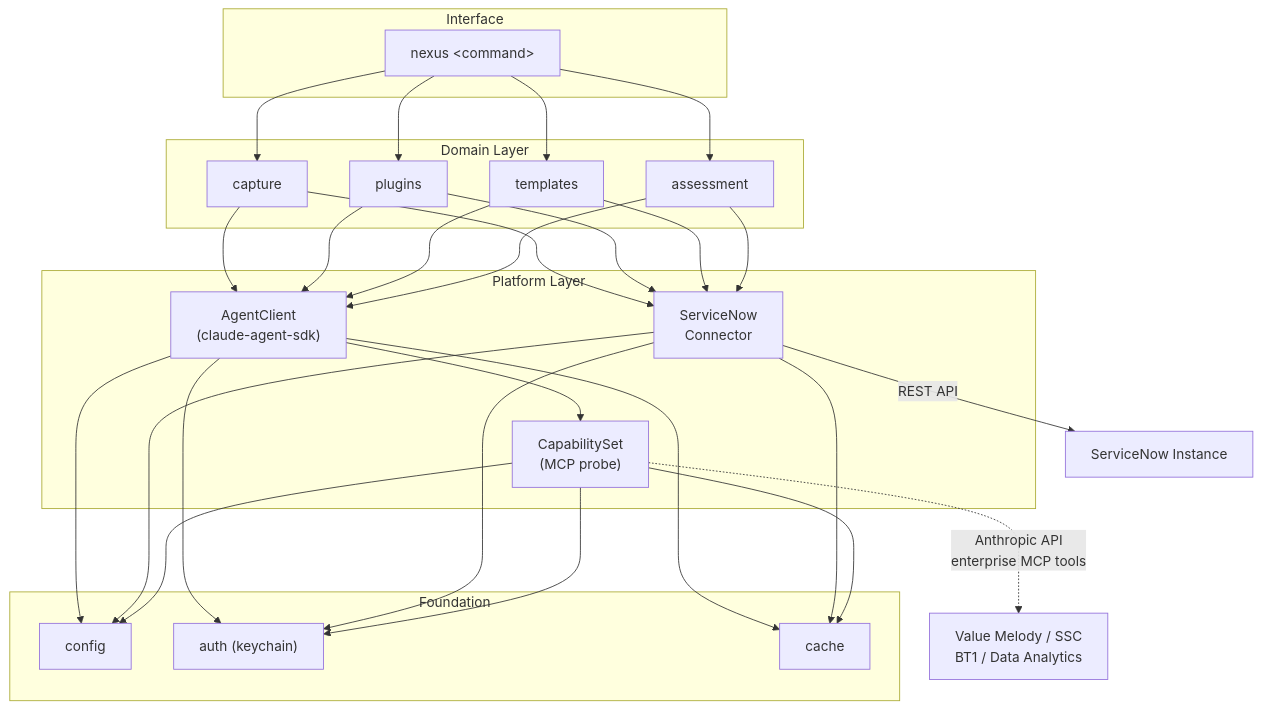
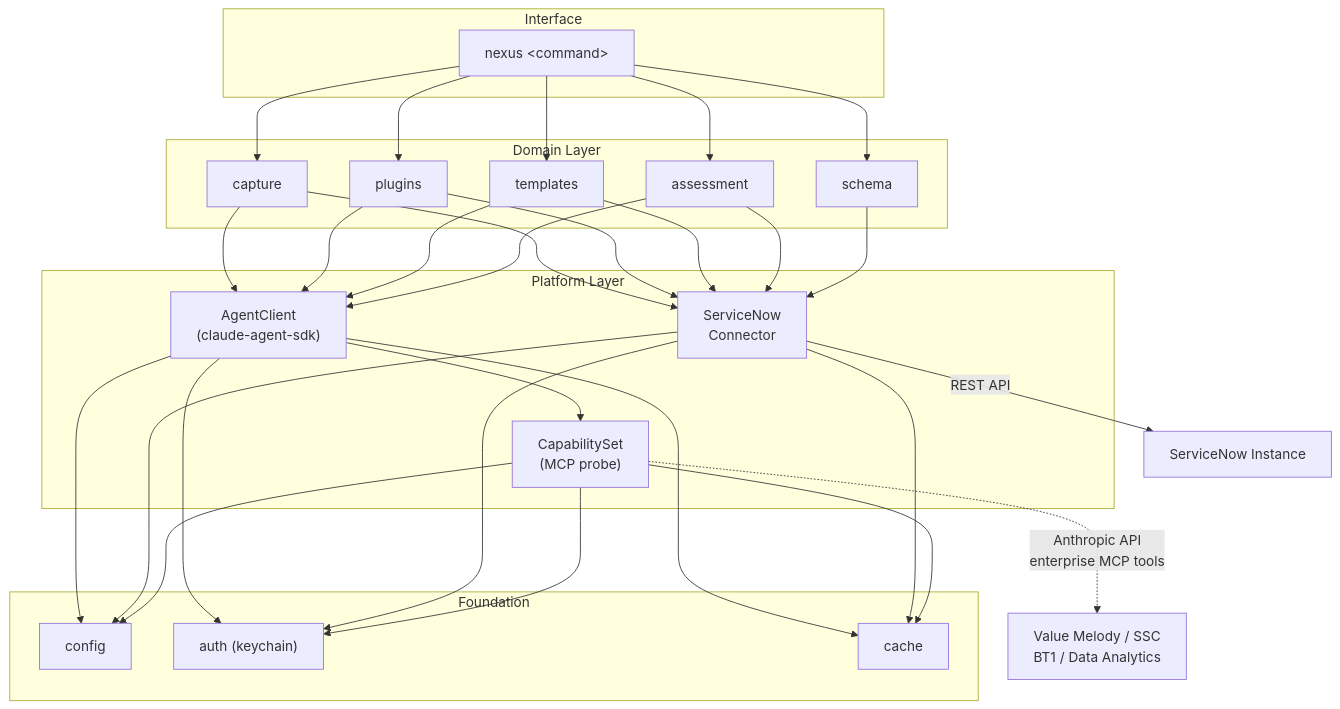
One commit to pierregrothe/nexus-sn changed the first of 3 diagrams in README.md. Above: the diagram before and after it, drawn with Mermaid. The commit also changed other lines of this file and 1 other file, not shown here.

First line of the commit message:
docs(readme): document schema cartographer in roadmap and README

````diff
--- a/README.md
+++ b/README.md
@@ -22,28 +22,30 @@
 ```mermaid
 graph TB
     subgraph CLI ["Interface"]
         cmd["nexus &lt;command&gt;"]
     end
     subgraph Domain ["Domain Layer"]
         cap["capture"]
         plug["plugins"]
         tmpl["templates"]
         assess["assessment"]
+        sch["schema"]
     end
     subgraph Platform ["Platform Layer"]
         agent["AgentClient\n(claude-agent-sdk)"]
         sn["ServiceNow\nConnector"]
         caps["CapabilitySet\n(MCP probe)"]
     end
     subgraph Foundation ["Foundation"]
         conf["config"]
         auth["auth (keychain)"]
         cache["cache"]
     end
-    cmd --> cap & plug & tmpl & assess
+    cmd --> cap & plug & tmpl & assess & sch
     cap & plug & tmpl & assess --> agent & sn
+    sch --> sn
     agent --> caps
     agent & sn & caps --> conf & auth & cache
     caps -.->|"Anthropic API\nenterprise MCP tools"| ext["Value Melody / SSC\nBT1 / Data Analytics"]
     sn -->|"REST API"| sni["ServiceNow Instance"]
 ```
````
